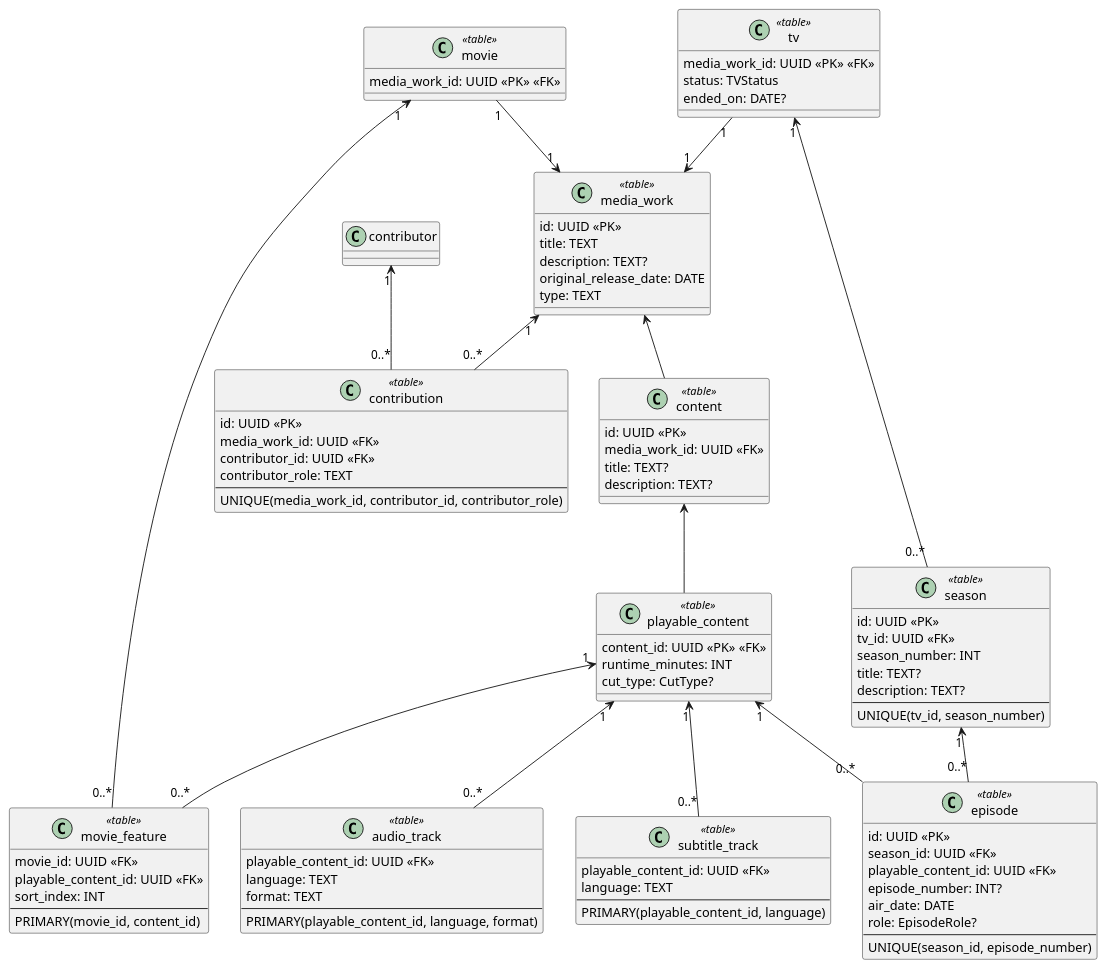
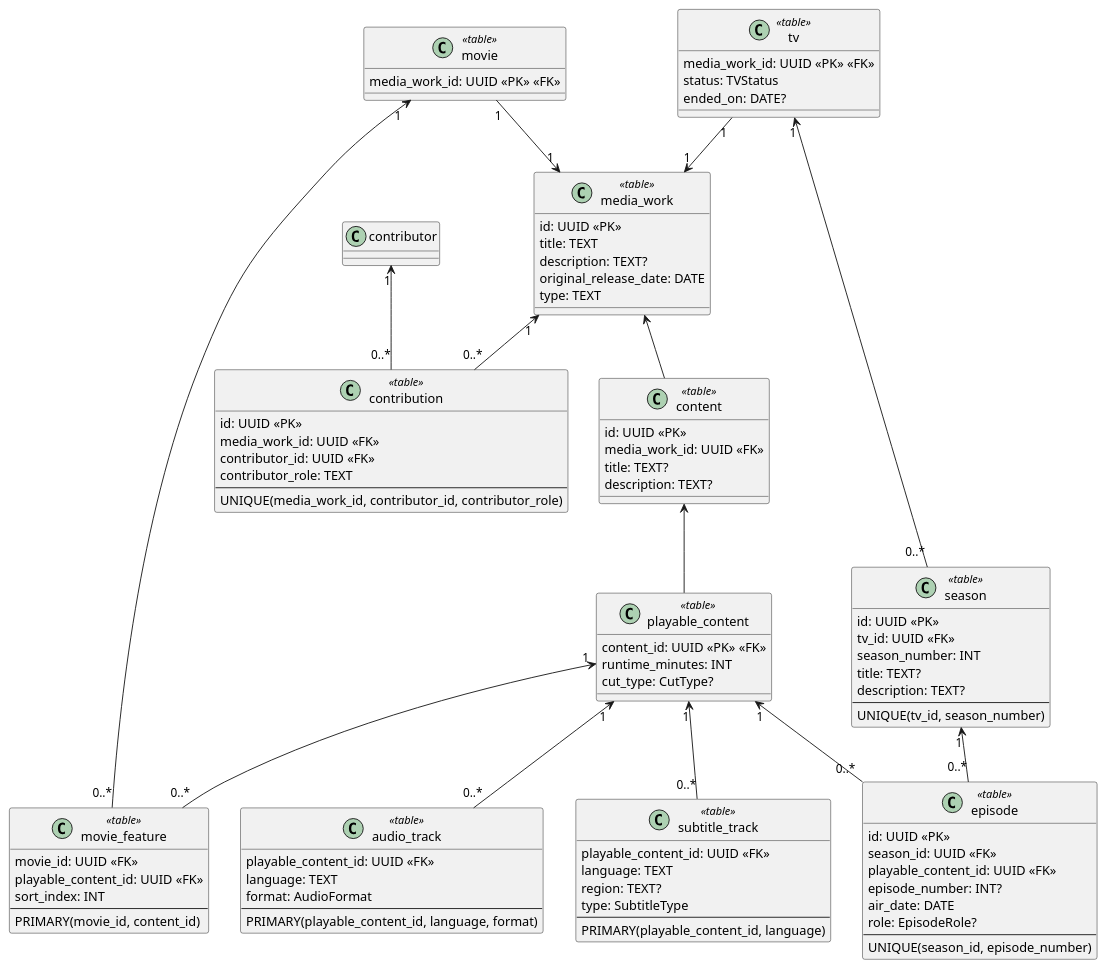
One commit to yantue/colleq changed the diagram in docs/uml/data/media_work.data.puml. Above: the diagram before and after it, drawn with PlantUML. The commit also changed 1 other file, not shown here.

Commit message:
docs: Update audio- and subtitletracks with attribute normilization

```diff
--- a/docs/uml/data/media_work.data.puml
+++ b/docs/uml/data/media_work.data.puml
@@ -1,118 +1,120 @@
 @startuml
 skinparam classAttributeIconSize 0
 
 ' ===== CORE =====
 class media_work <<table>> {
     id: UUID <<PK>>
     title: TEXT
     description: TEXT?
     original_release_date: DATE
     type: TEXT
 }
 
 ' ===== CONTRIBUTIONS =====
 class contribution <<table>> {
     id: UUID <<PK>>
     media_work_id: UUID <<FK>>
     contributor_id: UUID <<FK>>
     contributor_role: TEXT
     --
     UNIQUE(media_work_id, contributor_id, contributor_role)
 }
 
 media_work "1" <-- "0..*" contribution
 
 ' ===== CONTENT =====
 class content <<table>> {
     id: UUID <<PK>>
     media_work_id: UUID <<FK>>
     title: TEXT?
     description: TEXT?
 }
 
 media_work <-- content
 
 class playable_content <<table>> {
     content_id: UUID <<PK>> <<FK>>
     runtime_minutes: INT
     cut_type: CutType?
 }
 
 content <-- playable_content
 
 class audio_track <<table>> {
     playable_content_id: UUID <<FK>>
     language: TEXT
-    format: TEXT
+    format: AudioFormat
     --
     PRIMARY(playable_content_id, language, format)
 }
 
 playable_content "1" <-- "0..*" audio_track
 
 class subtitle_track <<table>> {
     playable_content_id: UUID <<FK>>
     language: TEXT
+    region: TEXT?
+    type: SubtitleType
     --
     PRIMARY(playable_content_id, language)
 }
 
 playable_content "1" <-- "0..*" subtitle_track
 
 ' ===== MOVIE =====
 class movie <<table>> {
     media_work_id: UUID <<PK>> <<FK>>
 }
 
 movie "1" --> "1" media_work
 
 class movie_feature <<table>> {
      movie_id: UUID <<FK>>
      playable_content_id: UUID <<FK>>
      sort_index: INT
      --
      PRIMARY(movie_id, content_id)
 }
 
 movie "1" <-- "0..*" movie_feature
 playable_content "1" <-- "0..*" movie_feature
 
 ' ===== TV =====
 class tv <<table>> {
     media_work_id: UUID <<PK>> <<FK>>
     status: TVStatus
     ended_on: DATE?
 }
 
 tv "1" --> "1" media_work
 
 class season <<table>> {
     id: UUID <<PK>>
     tv_id: UUID <<FK>>
     season_number: INT
     title: TEXT?
     description: TEXT?
     --
     UNIQUE(tv_id, season_number)
 }
 
 tv "1" <-- "0..*" season
 
 class episode <<table>> {
     id: UUID <<PK>>
     season_id: UUID <<FK>>
     playable_content_id: UUID <<FK>>
     episode_number: INT?
     air_date: DATE
     role: EpisodeRole?
     --
     UNIQUE(season_id, episode_number)
 }
 
 season "1" <-- "0..*" episode
 playable_content "1" <-- "0..*" episode
 
 ' ===== CROSS-AGGREGATE REFERENCE =====
 contributor "1" <-- "0..*" contribution
 
 @enduml
```
